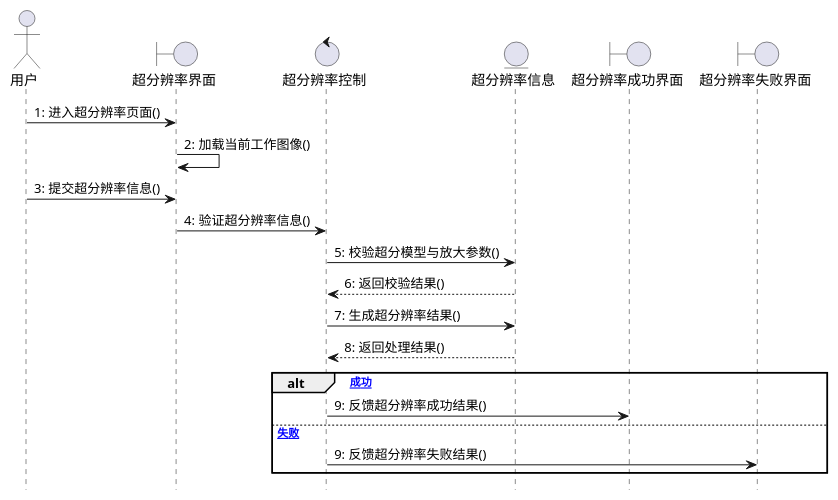
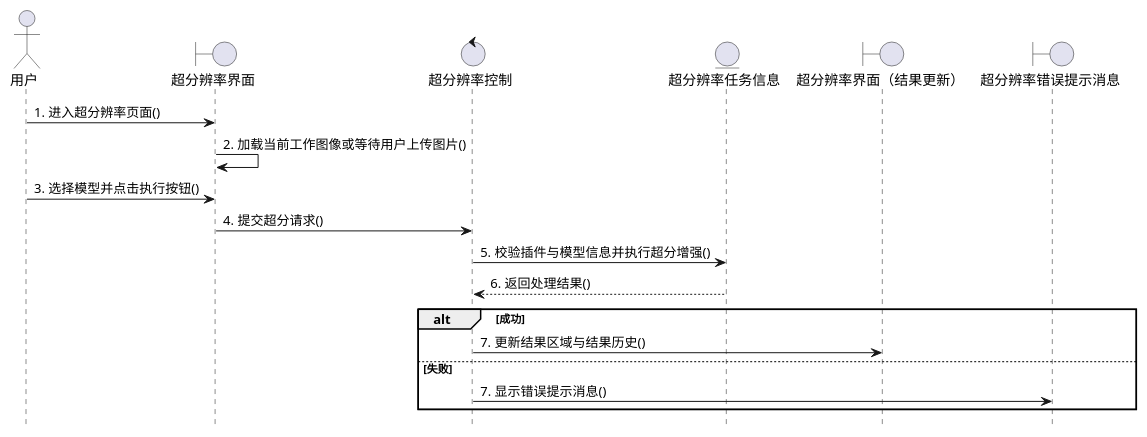
Before and after one commit to LyferLu/Artie: the eighth of 16 diagrams in doc/paper.md, drawn with PlantUML. The commit also changed other lines of this file, not shown here.

````diff
--- a/doc/paper.md
+++ b/doc/paper.md
@@ -868,25 +893,23 @@
 ```plantuml
 @startuml
 hide footbox
 actor 用户
 boundary "超分辨率界面" as B6
 control "超分辨率控制" as C6
-entity "超分辨率信息" as E6
-boundary "超分辨率成功界面" as BS6
-boundary "超分辨率失败界面" as BF6
+entity "超分辨率任务信息" as E6
+boundary "超分辨率界面（结果更新）" as BS6
+boundary "超分辨率错误提示消息" as BF6
 
-用户 -> B6 : 1: 进入超分辨率页面()
-B6 -> B6 : 2: 加载当前工作图像()
-用户 -> B6 : 3: 提交超分辨率信息()
-B6 -> C6 : 4: 验证超分辨率信息()
-C6 -> E6 : 5: 校验超分模型与放大参数()
-E6 --> C6 : 6: 返回校验结果()
-C6 -> E6 : 7: 生成超分辨率结果()
-E6 --> C6 : 8: 返回处理结果()
-alt [成功]
-  C6 -> BS6 : 9: 反馈超分辨率成功结果()
-else [失败]
-  C6 -> BF6 : 9: 反馈超分辨率失败结果()
+用户 -> B6 : 1. 进入超分辨率页面()
+B6 -> B6 : 2. 加载当前工作图像或等待用户上传图片()
+用户 -> B6 : 3. 选择模型并点击执行按钮()
+B6 -> C6 : 4. 提交超分请求()
+C6 -> E6 : 5. 校验插件与模型信息并执行超分增强()
+E6 --> C6 : 6. 返回处理结果()
+alt 成功
+  C6 -> BS6 : 7. 更新结果区域与结果历史()
+else 失败
+  C6 -> BF6 : 7. 显示错误提示消息()
 end
 @enduml
 ```
````
